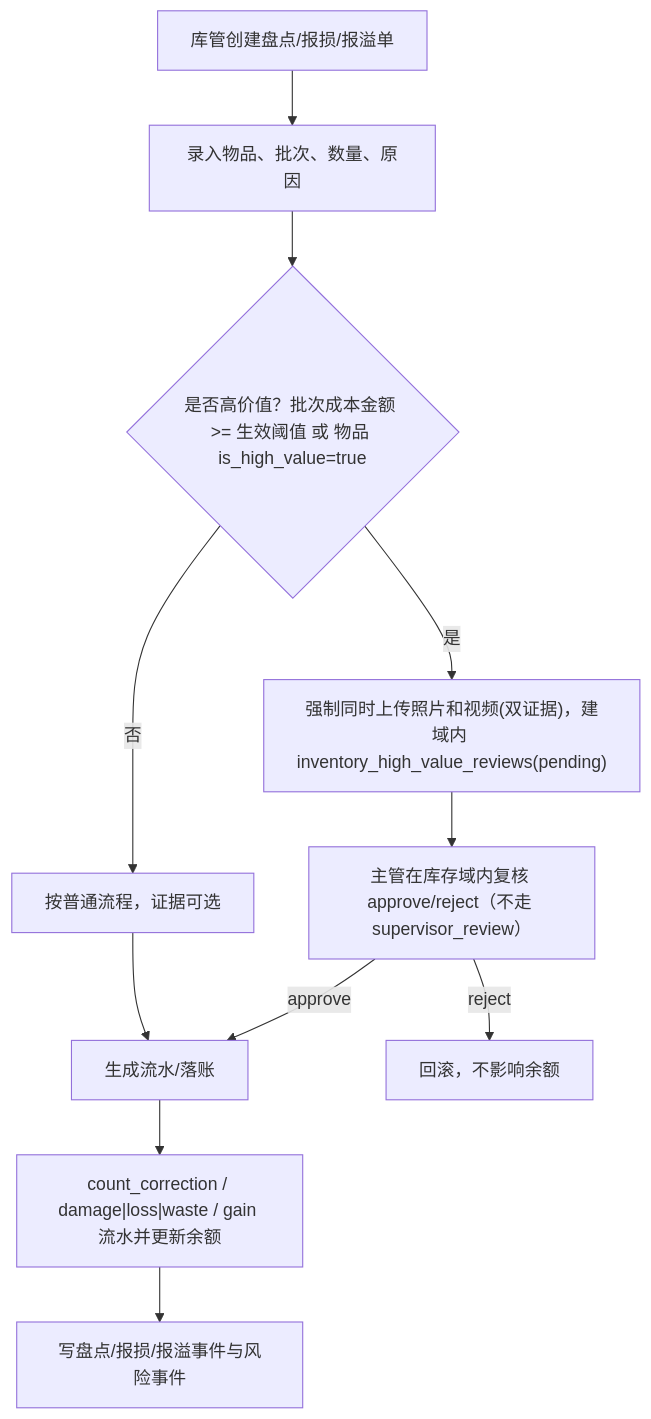
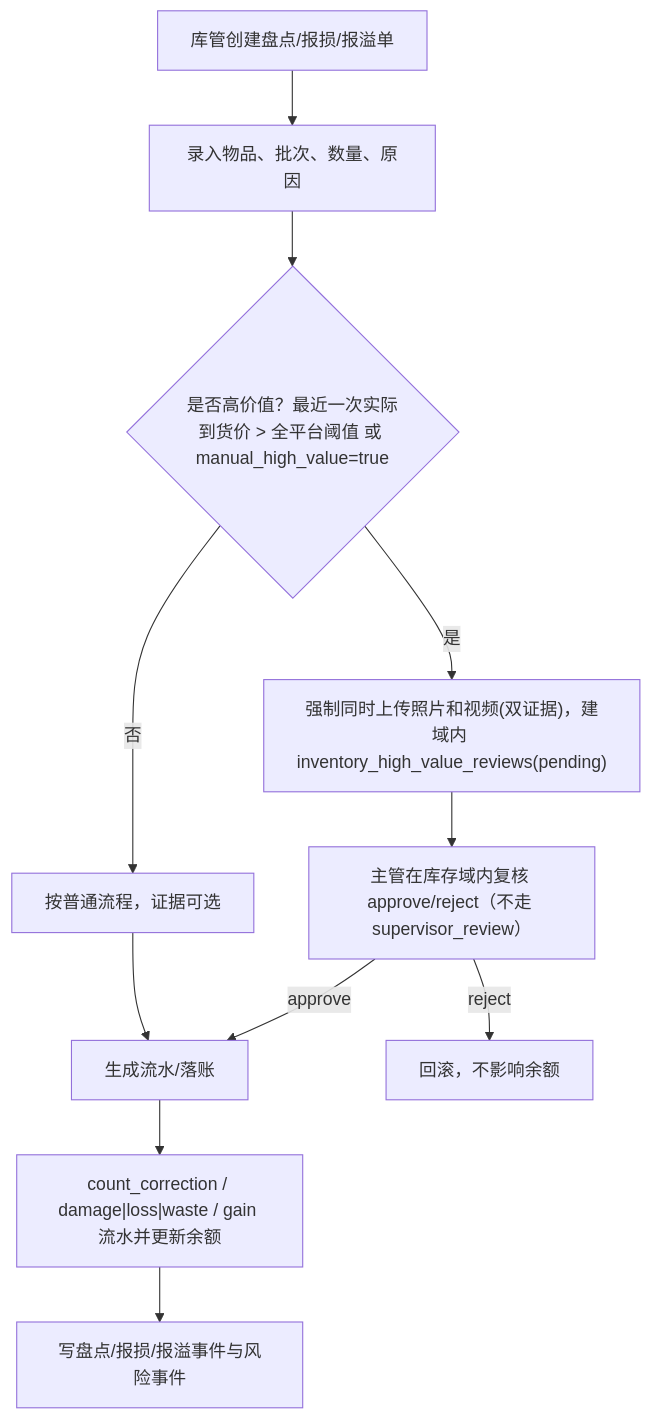
One commit to jxh1979/mall changed the fifth of 5 diagrams in docs/supply-chain-inventory-development-design-v0.1.md. Above: the diagram before and after it, drawn with Mermaid. The commit also changed other lines of this file and 1 other file, not shown here.

````diff
--- a/docs/supply-chain-inventory-development-design-v0.1.md
+++ b/docs/supply-chain-inventory-development-design-v0.1.md
@@ -300,13 +303,13 @@
 ```mermaid
 flowchart TD
   A["库管创建盘点/报损/报溢单"] --> B["录入物品、批次、数量、原因"]
-  B --> C{"是否高价值？批次成本金额 >= 生效阈值 或 物品 is_high_value=true"}
+  B --> C{"是否高价值？最近一次实际到货价 > 全平台阈值 或 manual_high_value=true"}
   C -- 是 --> D["强制同时上传照片和视频(双证据)，建域内 inventory_high_value_reviews(pending)"]
   C -- 否 --> E["按普通流程，证据可选"]
   D --> D1["主管在库存域内复核 approve/reject（不走 supervisor_review）"]
   D1 -- approve --> F["生成流水/落账"]
   D1 -- reject --> R["回滚，不影响余额"]
   E --> F
   F --> G["count_correction / damage|loss|waste / gain 流水并更新余额"]
   G --> H["写盘点/报损/报溢事件与风险事件"]
 ```
````
